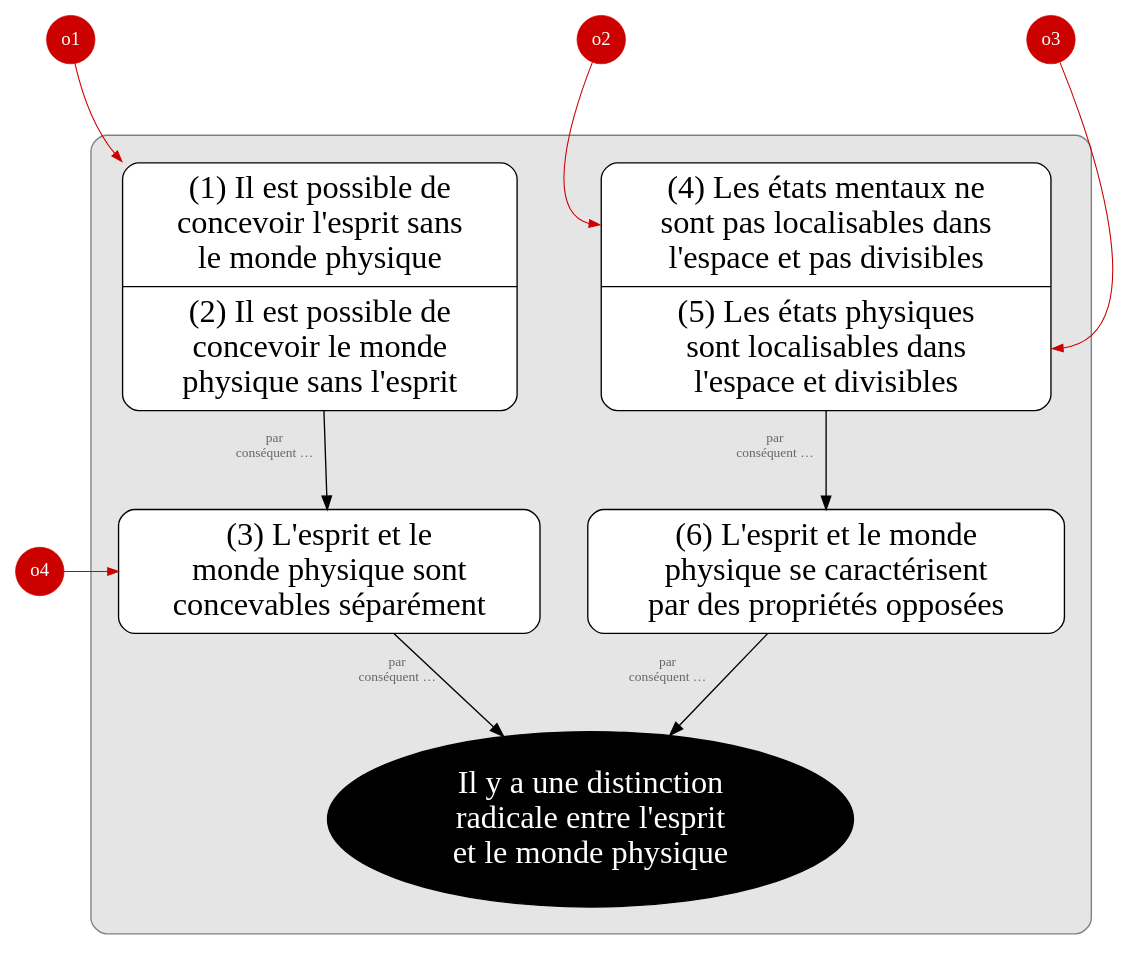
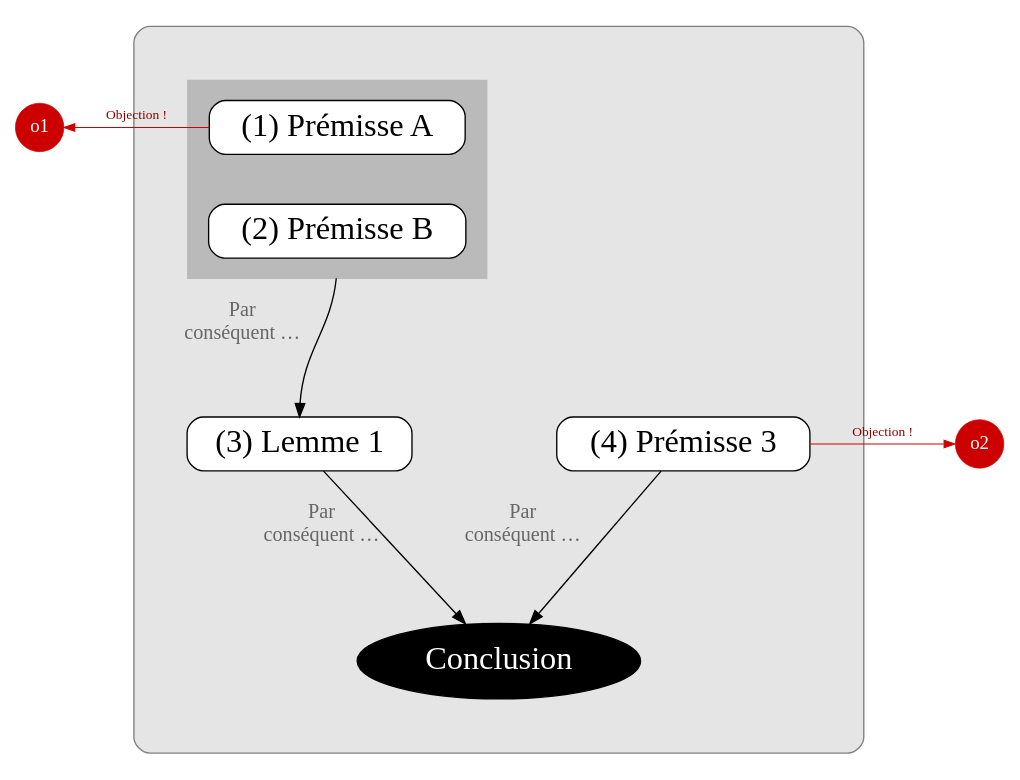
One commit to eyssette/graphviz-templates changed the diagram in argument3.dot. Above: the diagram before and after it, drawn with Graphviz.

```diff
--- a/argument3.dot
+++ b/argument3.dot
@@ -1,67 +1,62 @@
 digraph G {
 splines=true
 newrank=true
+compound=true
 
 
 node[color=red3, style="rounded, filled", shape="circle", fillcolor=red3, penwidth=0.5, fontcolor=white, margin=0, size=1]
 o1[label="o1"]
-o2[label="o2"]
-o3[label="o3"]
-o4[label="o4"]
 
 node[shape=box, fillcolor=white, style="filled,rounded", color=black, fontsize=24, penwidth=1,fontcolor=black, margin=0.1]
-edge[minlen=2,color=red3, penwidth=0.8, arrowsize=0.8]
-o1->p12:nw
-o2->p45:p4:w
-o3->p45:p5:e
-{rank=same;o4->p3}
-o1->o4[style=invis]
+edge[minlen=3,color=red3, penwidth=0.8, arrowsize=0.8, label="Objection !", fontcolor=red4,fontsize=10]
+{rank=same;o1->p1[dir=back]}
+
 
 subgraph cluster_0 {
 bgcolor=grey90
 style=rounded
 color=grey50
-margin=20
+margin=40
 
 
 
 node[shape=box, fillcolor=white, style="filled,rounded", color=black]
-edge[xlabel="par
-conséquent … ",fontcolor=grey40;fontsize=10,minlen=2,color=black,penwidth=1, arrowsize=1]
+edge[label="",xlabel="Par
+conséquent …",fontcolor=grey40;fontsize=15,minlen=3,color=black,penwidth=1, arrowsize=1]
 
 
 
-p12[shape="record" label="{<p1> (1) Il est possible de\n concevoir l'esprit sans\n le monde physique
-|<p2> (2)  Il est possible de\n concevoir le monde \n physique sans l'esprit}"];
-p12 -> p3
-p3 [label="(3) L'esprit et le
-monde physique sont
-concevables séparément", shape="box"];
+subgraph cluster_1 {
+style="box"
+margin=15
+bgcolor=grey73
+color=grey73
+p1[label="(1) Prémisse A"]
+
+p2[label="(2) Prémisse B"]
+}
+
+p1->p2[style=invis,xlabel="",minlen=1]
+//{rank=same;p1->p2[style=invis,xlabel="",minlen=1]}
+
+p2:s->p3:n[ltail=cluster_1]
+//p2:w->p3:n[ltail=cluster_1]
+p3[label="(3) Lemme 1"]
+
+{rank=same;p3->p4[style=invis]}
+
+p4[label="(4) Prémisse 3"]
+
+{p3,p4}->C
 
 
-
-p45 -> p6
-p45[shape="record" label="{<p4> (4) Les états mentaux ne\n sont pas localisables dans\n l'espace et pas divisibles
-|<p5> (5)  Les états physiques\nsont localisables dans\nl'espace et divisibles}"];
-
-
-{rank=same;p3->p6[style=invis]}
-
-p6 [label="(6) L'esprit et le monde
-physique se caractérisent
-par des propriétés opposées", shape="box"];
-   
-{p3,p6}->C
-
-C[label="Il y a une distinction
-radicale entre l'esprit
-et le monde physique",fillcolor=black, fontcolor=white, color=black, shape=ellipse]
-   
+C[label="Conclusion",fillcolor=black, fontcolor=white, color=black, shape=ellipse]
 
 
 }
 
 node[color=red3, style="rounded, filled", shape="circle", fillcolor=red3, penwidth=0.5, fontcolor=white, margin=0, size=1,fontsize=14]
-
+o2[label="o2"]
+{rank=same;p4->o2}
 
 }
```
